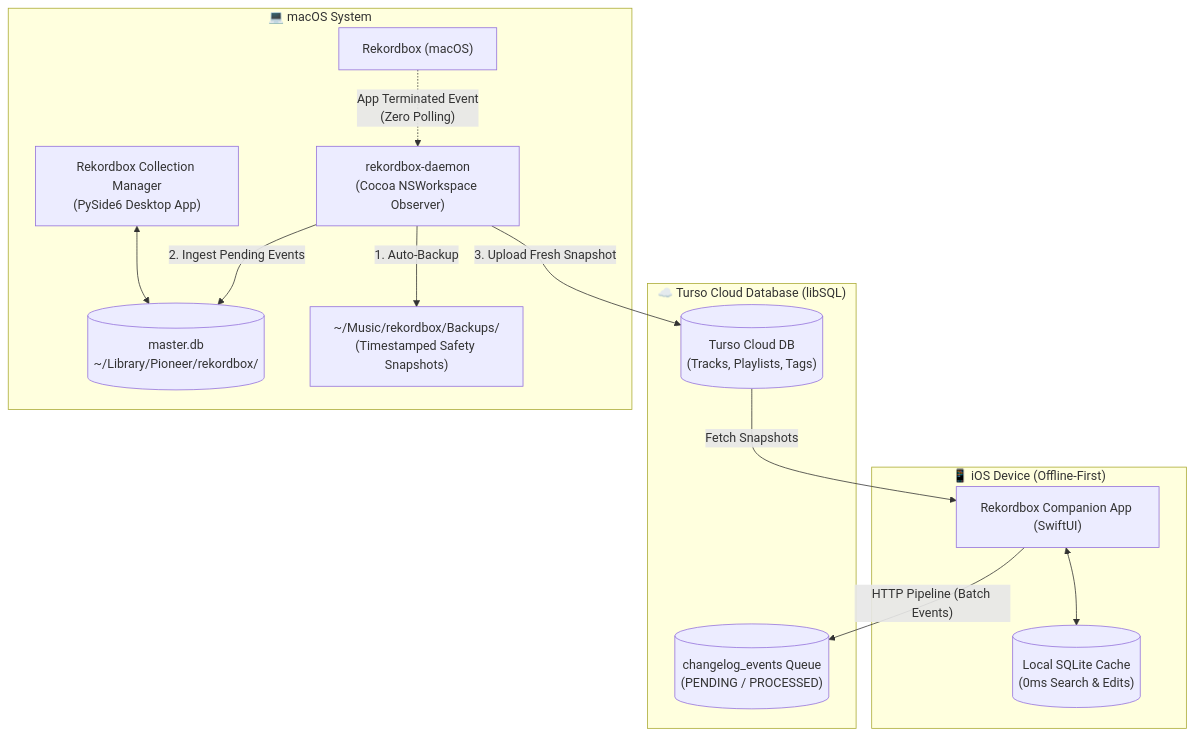
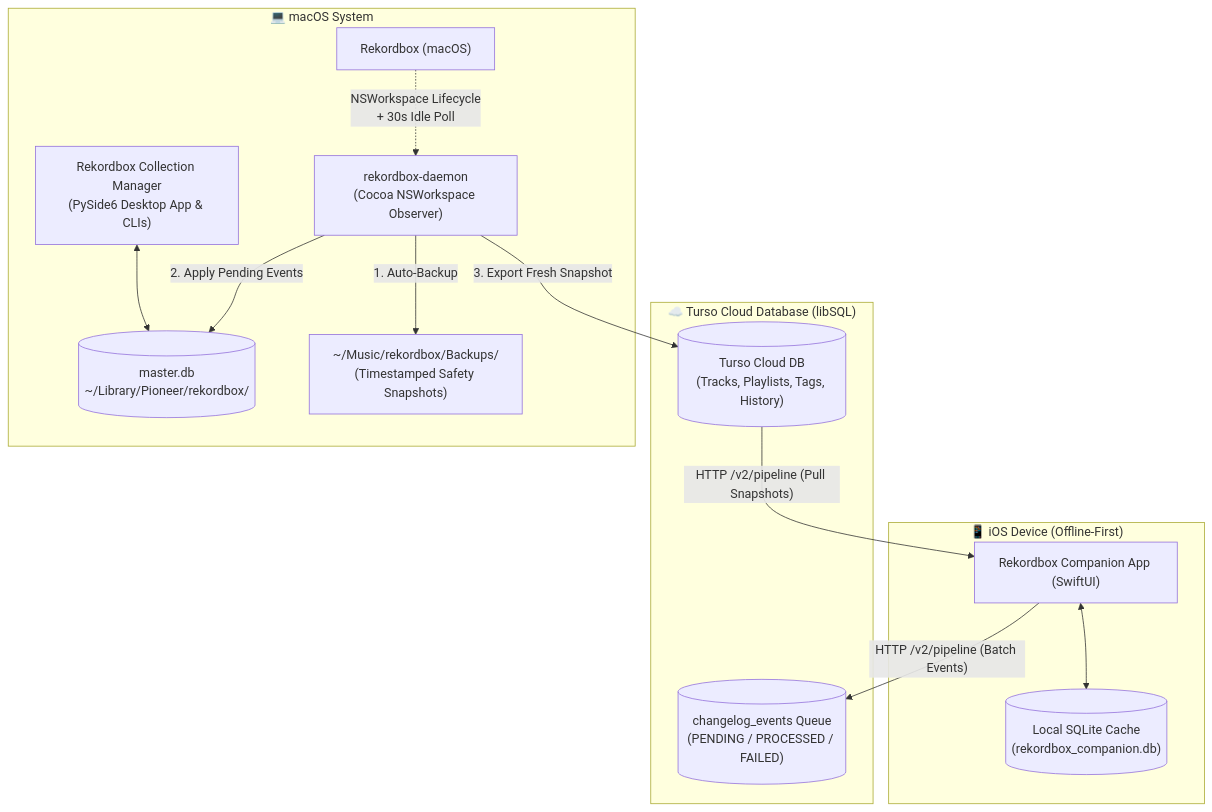
One commit to fabriziocacicia/rekordbox-collection-manager changed the diagram in README.md. Above: the diagram before and after it, drawn with Mermaid. The commit also changed other lines of this file and 13 other files, not shown here.

First line of the commit message:
docs(egm): add directory architecture contracts and zero-drift report

````diff
--- a/README.md
+++ b/README.md
@@ -9,31 +11,31 @@
 ```mermaid
 flowchart TD
     subgraph Mobile ["📱 iOS Device (Offline-First)"]
         iOS["Rekordbox Companion App (SwiftUI)"]
-        LocalCache[("Local SQLite Cache\n(0ms Search & Edits)")]
+        LocalCache[("Local SQLite Cache\n(rekordbox_companion.db)")]
         iOS <--> LocalCache
     end
 
     subgraph Cloud ["☁️ Turso Cloud Database (libSQL)"]
-        TursoDB[("Turso Cloud DB\n(Tracks, Playlists, Tags)")]
-        ChangelogQueue[("changelog_events Queue\n(PENDING / PROCESSED)")]
+        TursoDB[("Turso Cloud DB\n(Tracks, Playlists, Tags, History)")]
+        ChangelogQueue[("changelog_events Queue\n(PENDING / PROCESSED / FAILED)")]
     end
 
     subgraph Mac ["💻 macOS System"]
         Daemon["rekordbox-daemon\n(Cocoa NSWorkspace Observer)"]
         RB["Rekordbox (macOS)"]
         MasterDB[("master.db\n~/Library/Pioneer/rekordbox/")]
         Backups["~/Music/rekordbox/Backups/\n(Timestamped Safety Snapshots)"]
-        DesktopGUI["Rekordbox Collection Manager\n(PySide6 Desktop App)"]
+        DesktopGUI["Rekordbox Collection Manager\n(PySide6 Desktop App & CLIs)"]
     end
 
-    iOS -- "HTTP Pipeline (Batch Events)" --> ChangelogQueue
-    TursoDB -- "Fetch Snapshots" --> iOS
+    iOS -- "HTTP /v2/pipeline (Batch Events)" --> ChangelogQueue
+    TursoDB -- "HTTP /v2/pipeline (Pull Snapshots)" --> iOS
 
-    RB -. "App Terminated Event\n(Zero Polling)" .-> Daemon
+    RB -. "NSWorkspace Lifecycle\n+ 30s Idle Poll" .-> Daemon
     Daemon -- "1. Auto-Backup" --> Backups
-    Daemon -- "2. Ingest Pending Events" --> MasterDB
-    Daemon -- "3. Upload Fresh Snapshot" --> TursoDB
+    Daemon -- "2. Apply Pending Events" --> MasterDB
+    Daemon -- "3. Export Fresh Snapshot" --> TursoDB
 
     DesktopGUI <--> MasterDB
 ```
````
